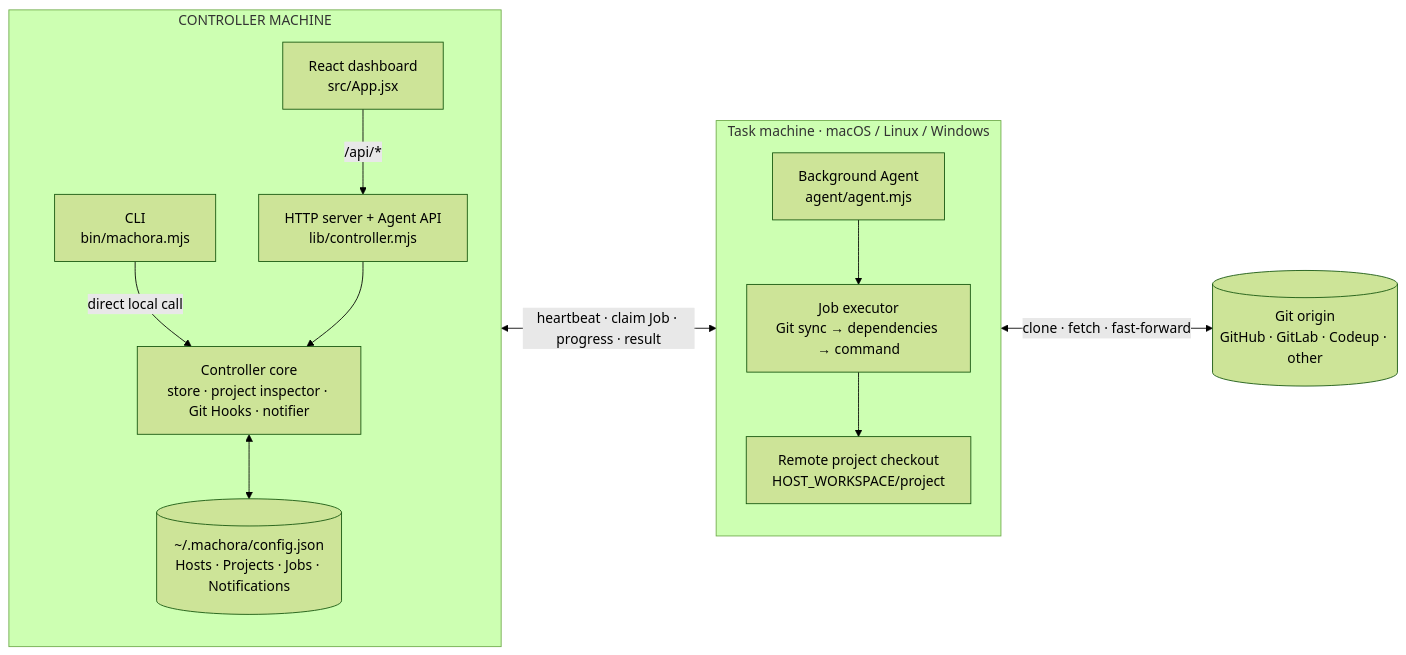
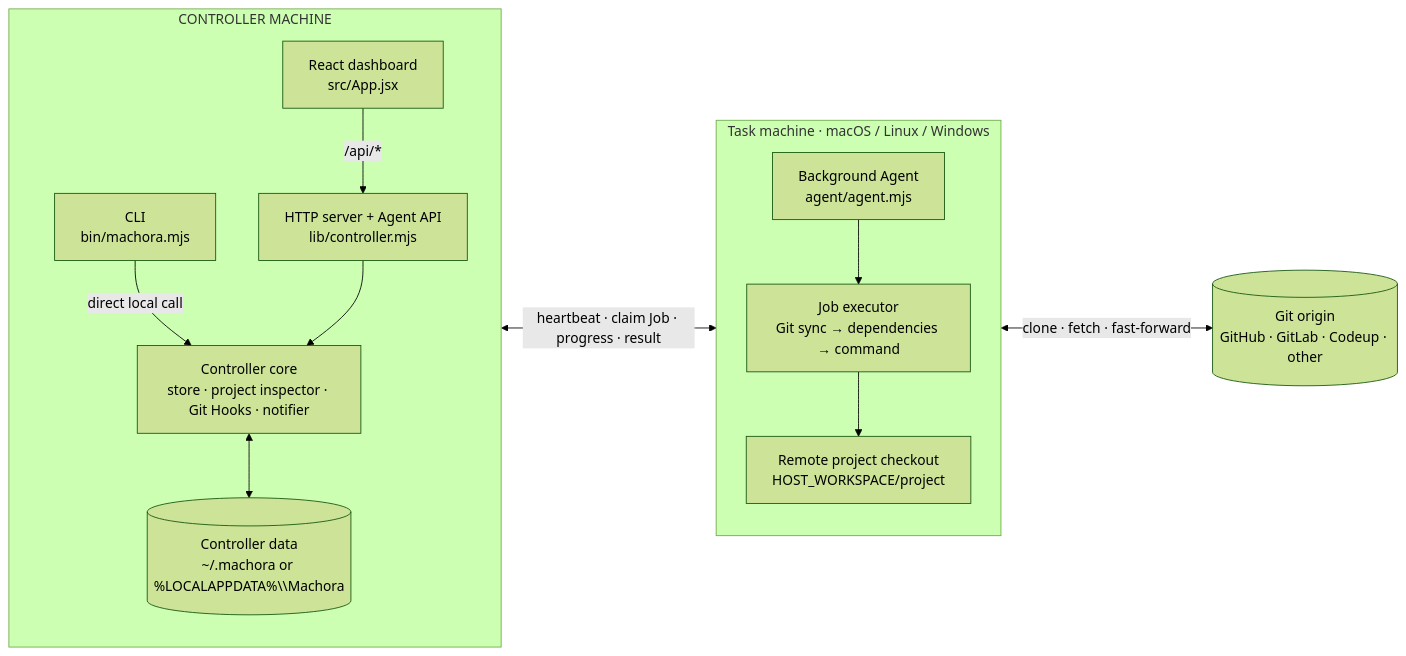
One commit to jasonz1987/machora changed the first of 2 diagrams in README.md. Above: the diagram before and after it, drawn with Mermaid (forest theme). The commit also changed other lines of this file and 24 other files, not shown here.

````diff
--- a/README.md
+++ b/README.md
@@ -77,30 +77,30 @@
 ```mermaid
 flowchart LR
     subgraph Controller["CONTROLLER MACHINE"]
         direction TB
         CLI["CLI<br/>bin/machora.mjs"]
         Dashboard["React dashboard<br/>src/App.jsx"]
         HTTP["HTTP server + Agent API<br/>lib/controller.mjs"]
         Core["Controller core<br/>store · project inspector · Git Hooks · notifier"]
-        Config[("~/.machora/config.json<br/>Hosts · Projects · Jobs · Notifications")]
+        Config[("Controller data<br/>~/.machora or %LOCALAPPDATA%\\Machora")]
 
         CLI -->|"direct local call"| Core
         Dashboard -->|"/api/*"| HTTP
         HTTP --> Core
         Core <--> Config
     end
 
     subgraph TaskMachine["Task machine · macOS / Linux / Windows"]
         direction TB
         Agent["Background Agent<br/>agent/agent.mjs"]
         Pipeline["Job executor<br/>Git sync → dependencies → command"]
         Workspace["Remote project checkout<br/>HOST_WORKSPACE/project"]
 
         Agent --> Pipeline --> Workspace
     end
 
     Git[("Git origin<br/>GitHub · GitLab · Codeup · other")]
 
     HTTP <-->|"heartbeat · claim Job · progress · result"| Agent
     Workspace <-->|"clone · fetch · fast-forward"| Git
 ```
````
